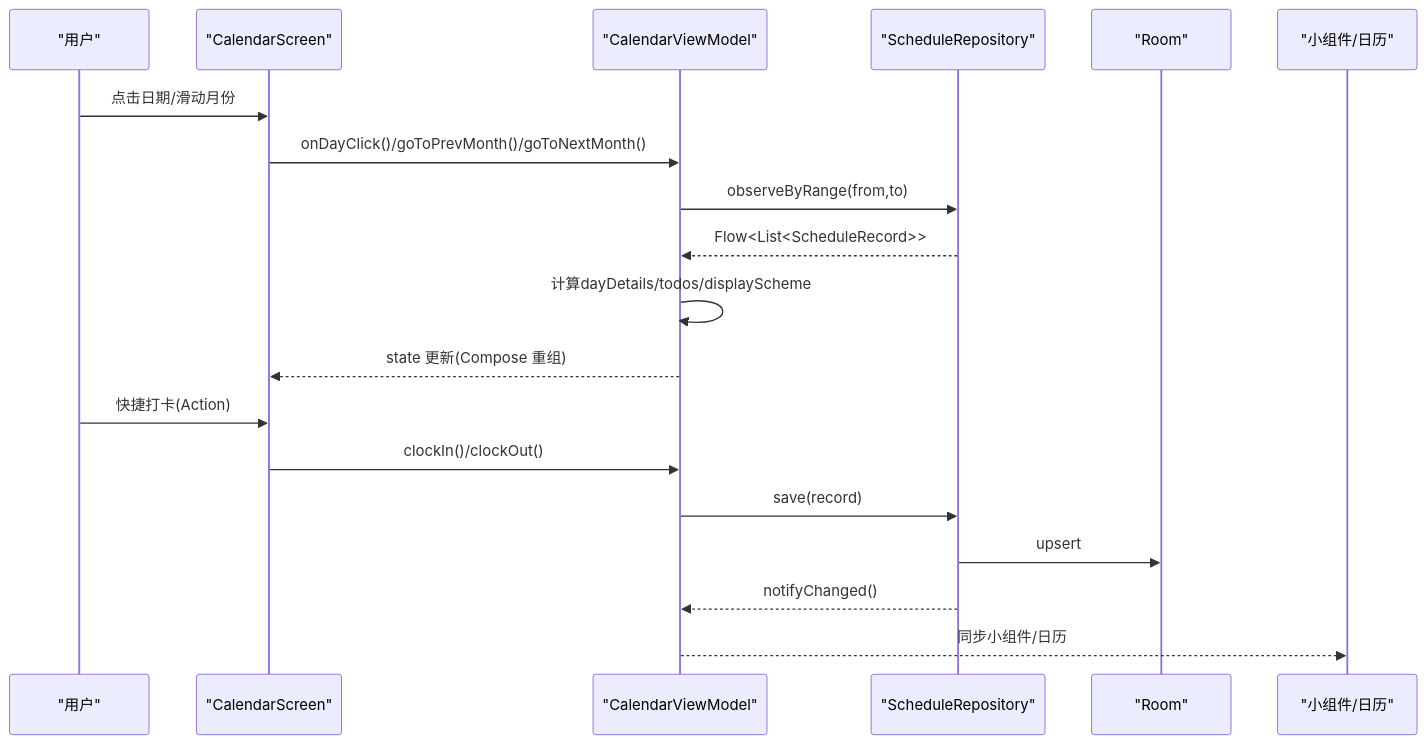
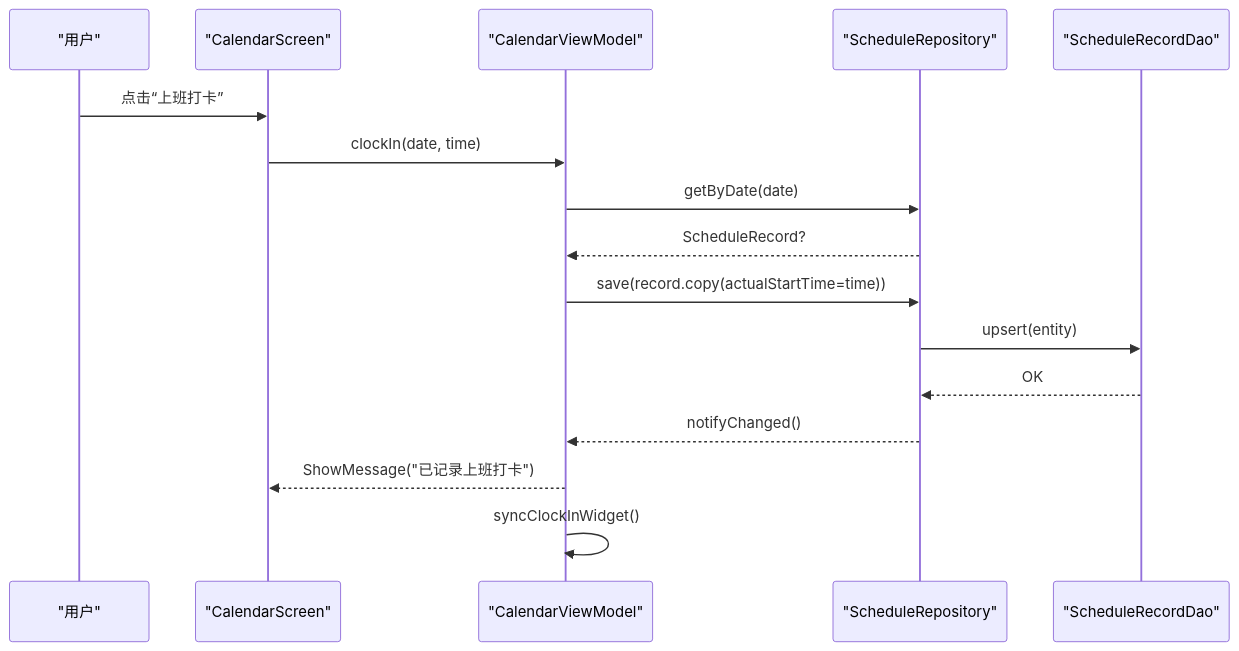
Before and after one commit to xiaobai860/paibanrili: the third of 7 diagrams in .qoder/repowiki/zh/content/核心功能模块/核心功能模块.md, drawn with Mermaid. The commit also changed other lines of this file and 245 other files, not shown here.

````diff
--- a/.qoder/repowiki/zh/content/核心功能模块/核心功能模块.md
+++ b/.qoder/repowiki/zh/content/核心功能模块/核心功能模块.md
@@ -182,21 +224,18 @@
 ```mermaid
 sequenceDiagram
-participant User as "用户"
-participant UI as "CalendarScreen"
+participant U as "用户"
+participant CS as "CalendarScreen"
 participant VM as "CalendarViewModel"
 participant Repo as "ScheduleRepository"
-participant DB as "Room"
-participant Widget as "小组件/日历"
-User->>UI : 点击日期/滑动月份
-UI->>VM : onDayClick()/goToPrevMonth()/goToNextMonth()
-VM->>Repo : observeByRange(from,to)
-Repo-->>VM : Flow<List<ScheduleRecord>>
-VM->>VM : 计算dayDetails/todos/displayScheme
-VM-->>UI : state 更新(Compose 重组)
-User->>UI : 快捷打卡(Action)
-UI->>VM : clockIn()/clockOut()
-VM->>Repo : save(record)
-Repo->>DB : upsert
+participant DB as "ScheduleRecordDao"
+U->>CS : 点击“上班打卡”
+CS->>VM : clockIn(date, time)
+VM->>Repo : getByDate(date)
+Repo-->>VM : ScheduleRecord?
+VM->>Repo : save(record.copy(actualStartTime=time))
+Repo->>DB : upsert(entity)
+DB-->>Repo : OK
 Repo-->>VM : notifyChanged()
-VM-->>Widget : 同步小组件/日历
+VM-->>CS : ShowMessage("已记录上班打卡")
+VM->>VM : syncClockInWidget()
 ```
````
